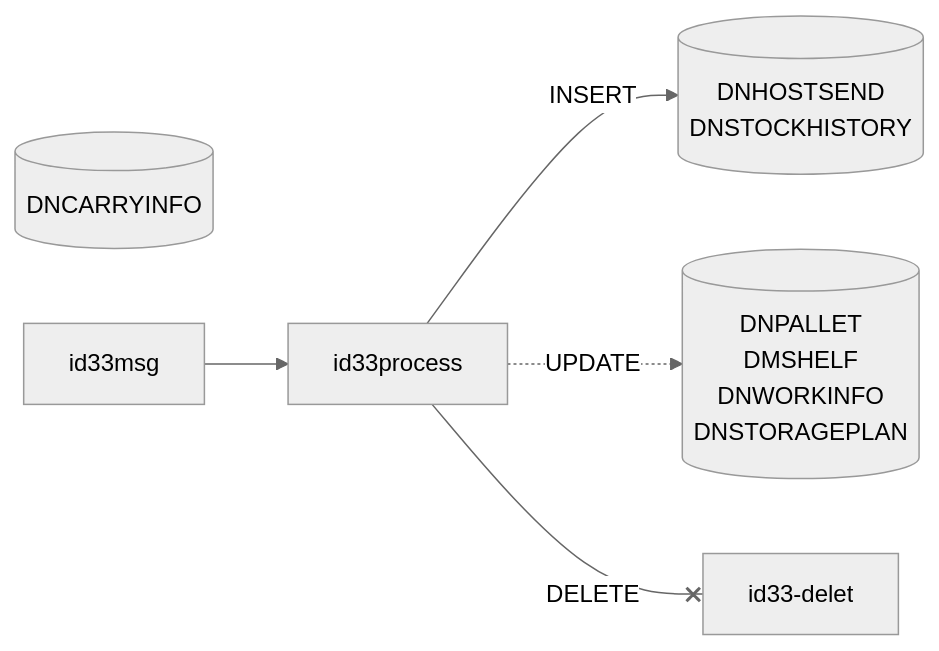
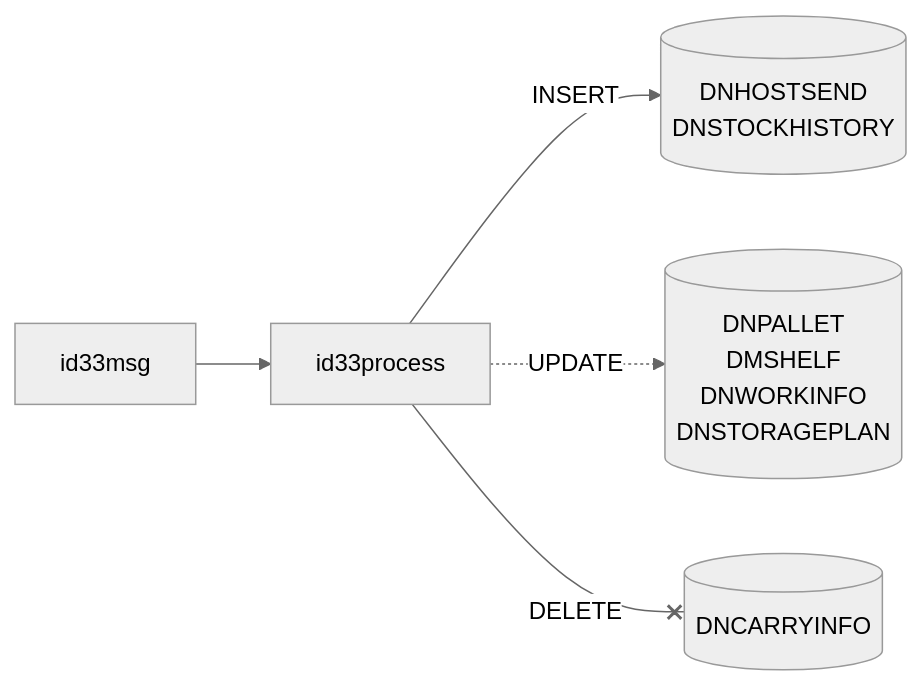
The fifth of 5 diagrams in Basic-Design/DFD-WMS/Storage/Planned-Storage-Packaging-Material/Storage-Flow-(Packaging-Material).md (luthfiadityaa/SimeDarby-Wiki), drawn with Mermaid (neutral theme) before and after one commit. The commit also changed other lines of this file, not shown here.

Commit message:
Updated Storage Flow (Packaging Material)

```diff
--- a/Basic-Design/DFD-WMS/Storage/Planned-Storage-Packaging-Material/Storage-Flow-(Packaging-Material).md
+++ b/Basic-Design/DFD-WMS/Storage/Planned-Storage-Packaging-Material/Storage-Flow-(Packaging-Material).md
@@ -252,21 +214,21 @@
 ::: mermaid
 flowchart LR
 id33-insert[("
 DNHOSTSEND
 DNSTOCKHISTORY
 ")]
 id33-update[("
 DNPALLET
 DMSHELF
 DNWORKINFO
 DNSTORAGEPLAN
 ")]
 id33-delete[("
 DNCARRYINFO
 ")]
 
 id33msg-->id33process
 id33process--INSERT-->id33-insert
 id33process-.UPDATE.->id33-update
-id33process--DELETE--xid33-delet
+id33process--DELETE--xid33-delete
 :::
```
